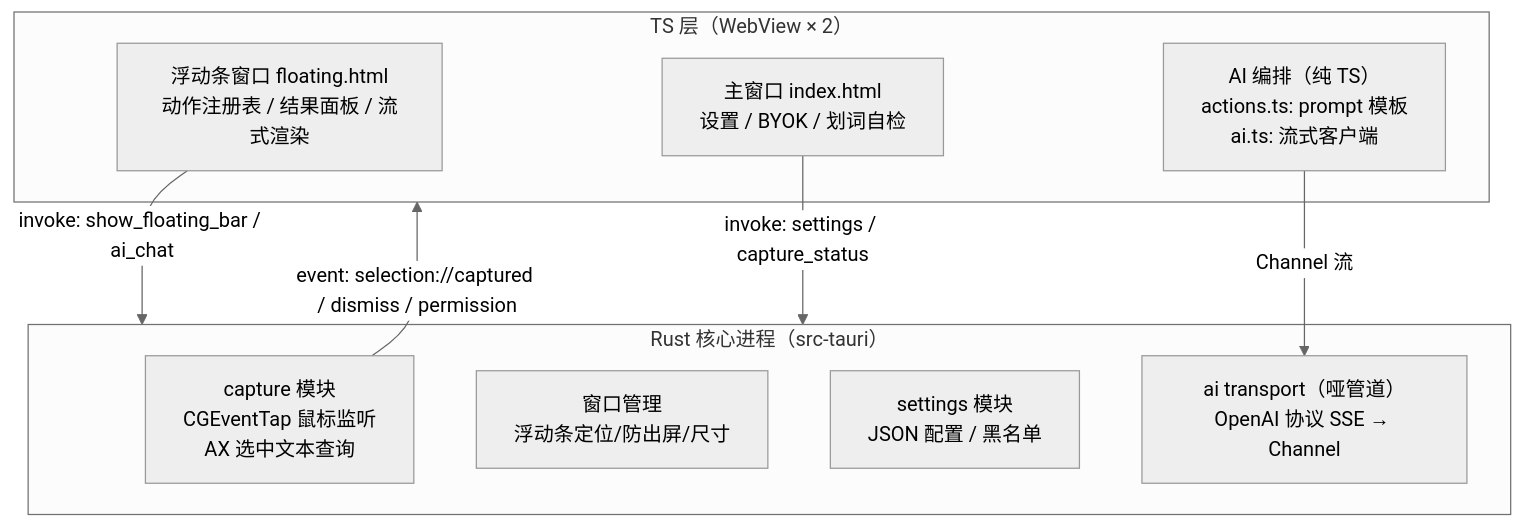
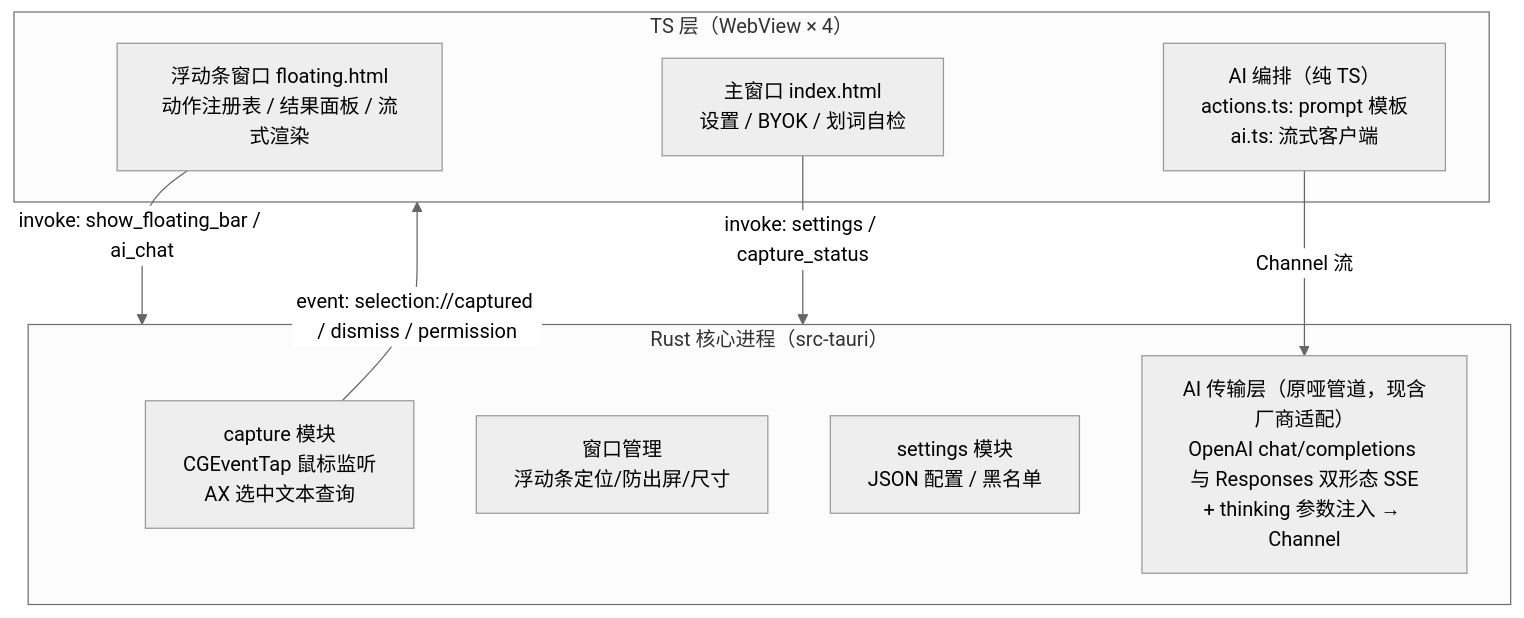
One commit to demo007x/Magpie changed the first of 2 diagrams in docs/02-架构设计.md. Above: the diagram before and after it, drawn with Mermaid (neutral theme). The commit also changed other lines of this file and 4 other files, not shown here.

````diff
--- a/docs/02-架构设计.md
+++ b/docs/02-架构设计.md
@@ -14,18 +14,18 @@
 ```mermaid
 flowchart TB
-    subgraph WebView["TS 层（WebView × 2）"]
+    subgraph WebView["TS 层（WebView × 4）"]
         FB["浮动条窗口 floating.html\n动作注册表 / 结果面板 / 流式渲染"]
         MW["主窗口 index.html\n设置 / BYOK / 划词自检"]
         AIM["AI 编排（纯 TS）\nactions.ts: prompt 模板\nai.ts: 流式客户端"]
     end
     subgraph Core["Rust 核心进程（src-tauri）"]
         CAP["capture 模块\nCGEventTap 鼠标监听\nAX 选中文本查询"]
         WIN["窗口管理\n浮动条定位/防出屏/尺寸"]
         SET["settings 模块\nJSON 配置 / 黑名单"]
-        PIPE["ai transport（哑管道）\nOpenAI 协议 SSE → Channel"]
+        PIPE["AI 传输层（原哑管道，现含厂商适配）\nOpenAI chat/completions 与 Responses 双形态 SSE\n+ thinking 参数注入 → Channel"]
     end
     FB -- "invoke: show_floating_bar / ai_chat" --> Core
     MW -- "invoke: settings / capture_status" --> Core
     CAP -- "event: selection://captured / dismiss / permission" --> WebView
     AIM -- "Channel 流" --> PIPE
 ```
````
